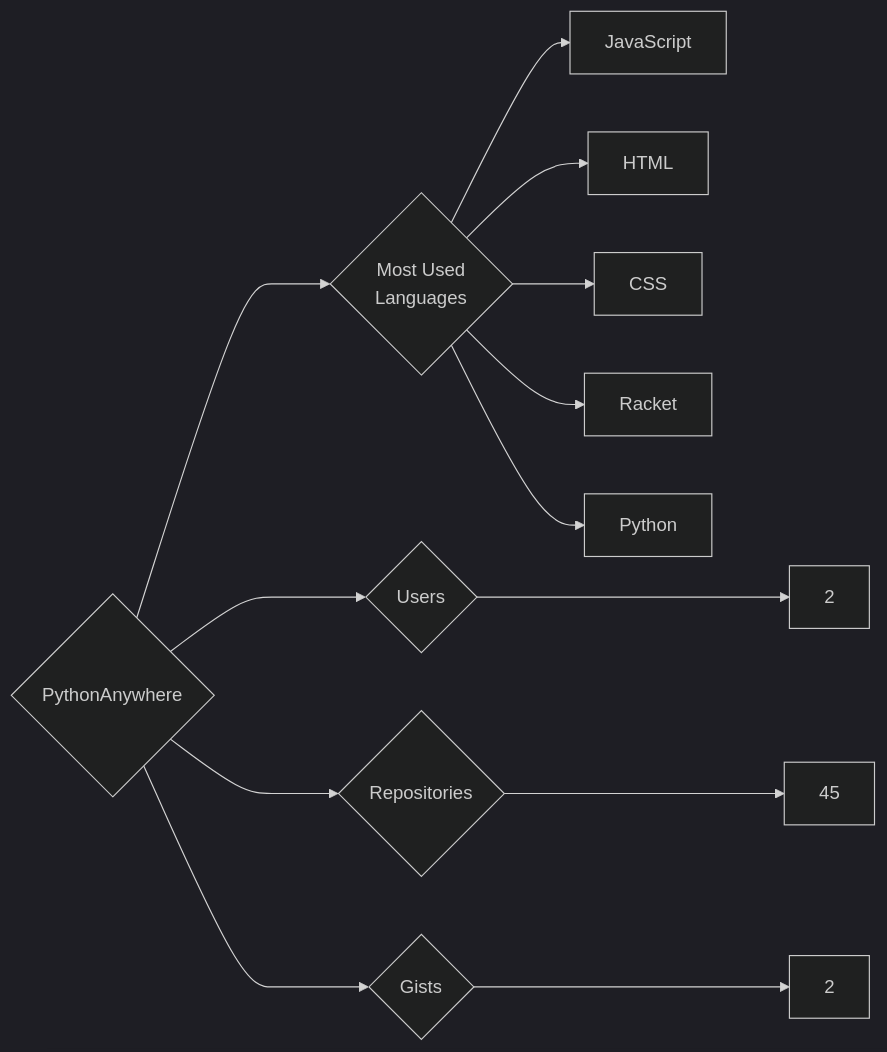
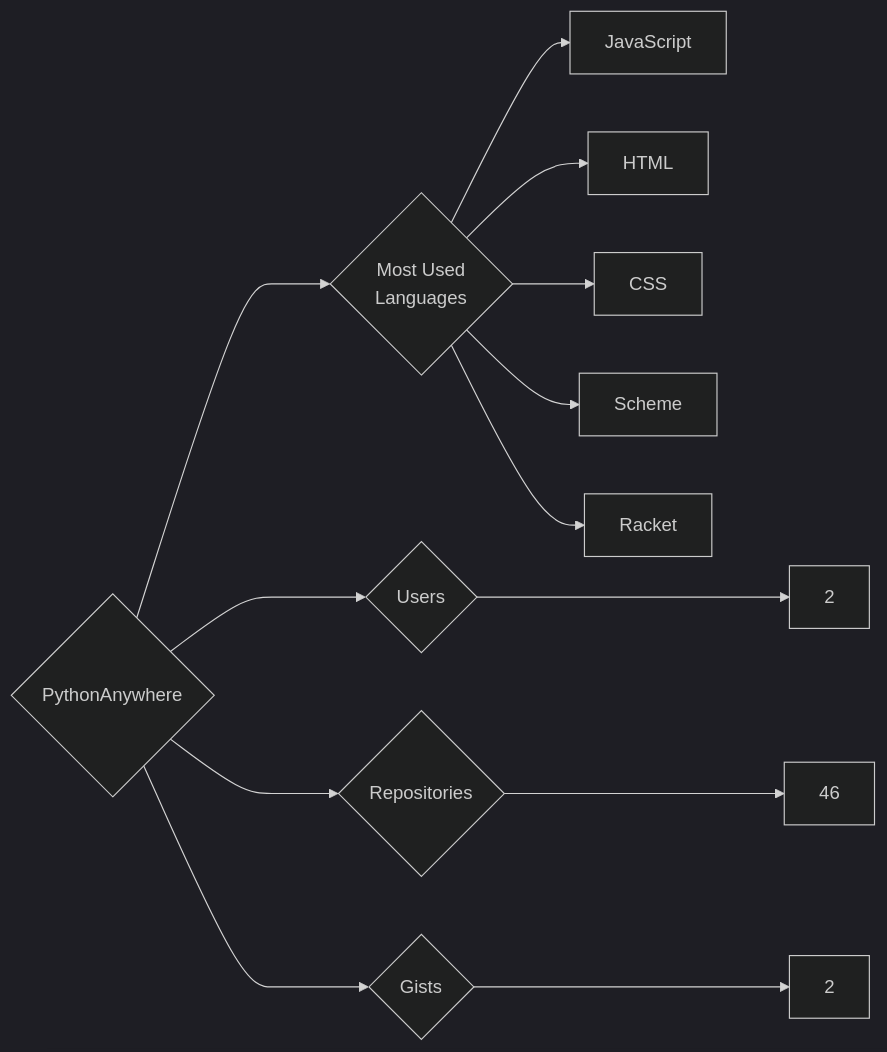
The diagram in targets/PythonAnywhere/README.md (trickest/insiders), drawn with Mermaid (dark theme) before and after one commit. The commit also changed 955 other files, not shown here.

````diff
--- a/targets/PythonAnywhere/README.md
+++ b/targets/PythonAnywhere/README.md
@@ -3,13 +3,13 @@
 ```mermaid
 graph LR
 COMPANY_NAME{PythonAnywhere}
 COMPANY_NAME ---> U{Users} ---> UN[2]
-COMPANY_NAME ---> R{Repositories} ---> RN[45]
+COMPANY_NAME ---> R{Repositories} ---> RN[46]
 COMPANY_NAME ---> G{Gists} ---> GN[2]
 COMPANY_NAME ---> ML{Most Used<br>Languages}
 ML --> JavaScript[JavaScript]
 ML --> HTML[HTML]
 ML --> CSS[CSS]
+ML --> Scheme[Scheme]
 ML --> Racket[Racket]
-ML --> Python[Python]
 ```
````
